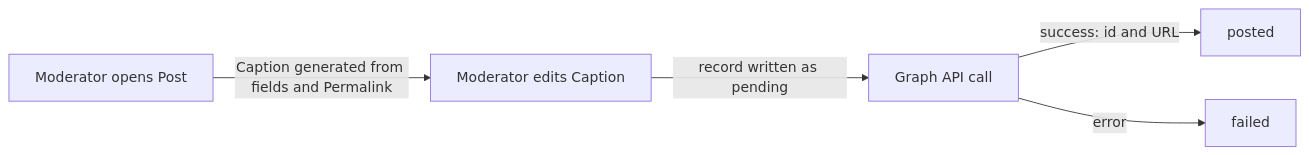
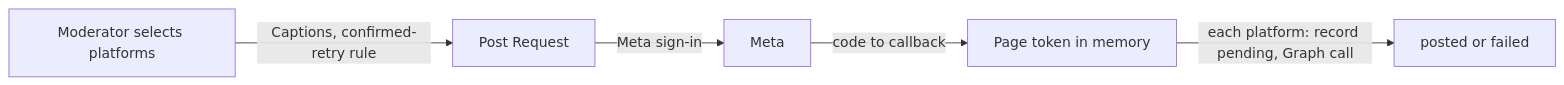
The diagram in docs/social-posting/README.md (filip-be/folk-ms), drawn with Mermaid before and after one commit. The commit also changed other lines of this file and 33 other files, not shown here.

First line of the commit message:
Store no Meta tokens: sign in with Meta for every Social Post

````diff
--- a/docs/social-posting/README.md
+++ b/docs/social-posting/README.md
@@ -17,7 +21,7 @@
 ```mermaid
 flowchart LR
-  A[Moderator opens Post] -->|Caption generated from fields and Permalink| E[Moderator edits Caption]
-  E -->|record written as pending| G[Graph API call]
-  G -->|success: id and URL| OK[posted]
-  G -->|error| F[failed]
+  A[Moderator selects platforms] -->|Captions, confirmed-retry rule| R[Post Request]
+  R -->|Meta sign-in| M[Meta]
+  M -->|code to callback| T[Page token in memory]
+  T -->|each platform: record pending, Graph call| O[posted or failed]
 ```
````
